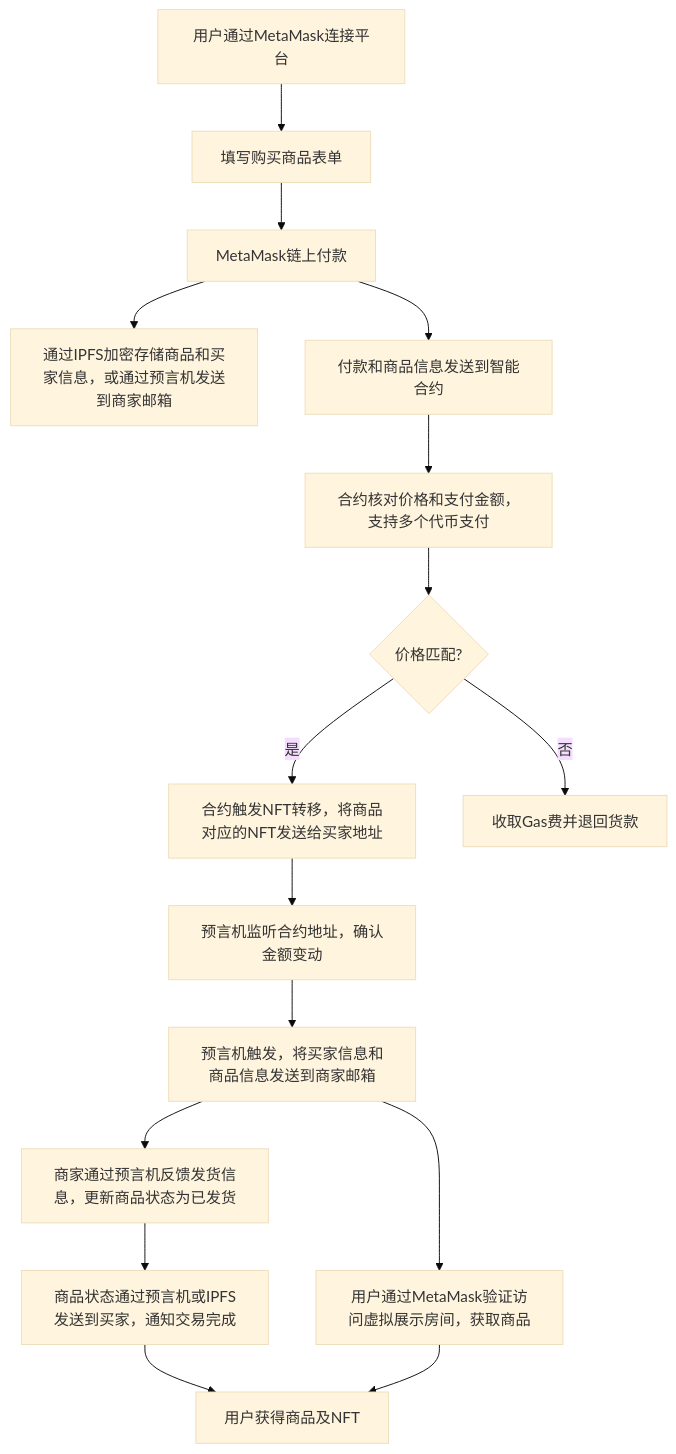
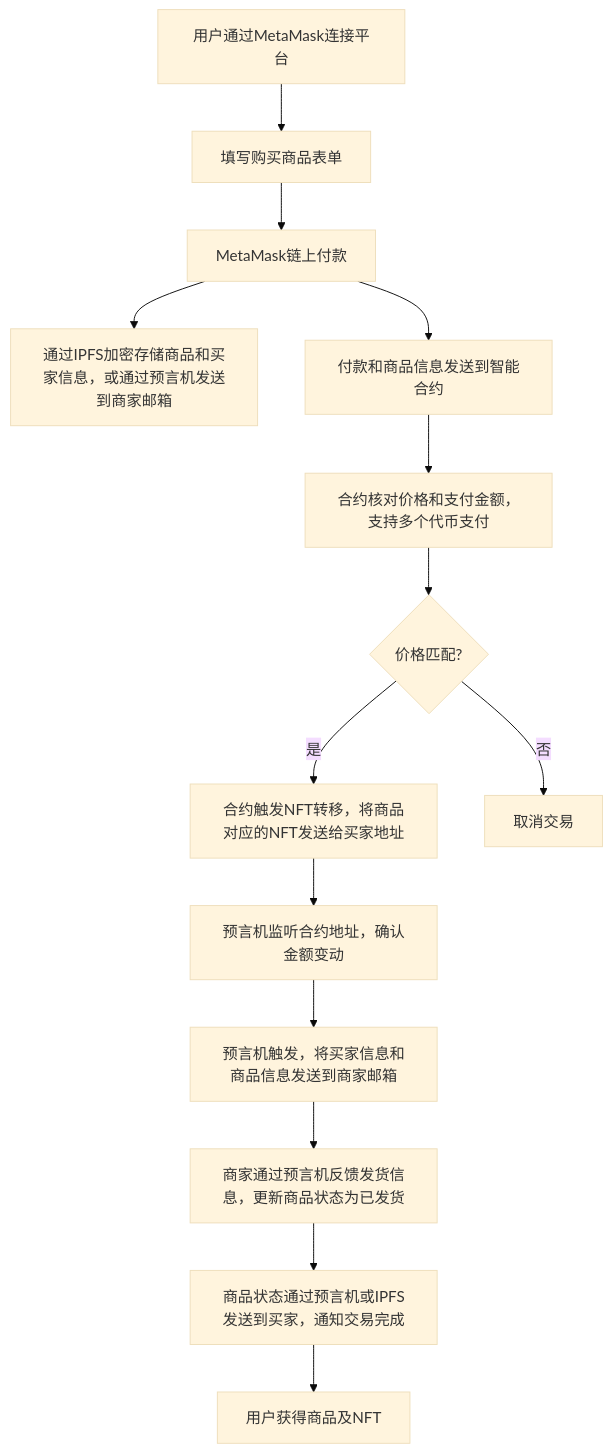
One commit to vski5/DiagonAlley changed the diagram in README.md. Above: the diagram before and after it, drawn with Mermaid (base theme). The commit also changed other lines of this file and 1 other file, not shown here.

````diff
--- a/README.md
+++ b/README.md
@@ -27,27 +37,24 @@
 ```mermaid
 flowchart TD
     A[用户通过MetaMask连接平台] --> B[填写购买商品表单]
     B --> C[MetaMask链上付款]
     C --> D1[通过IPFS加密存储商品和买家信息，或通过预言机发送到商家邮箱]
     C --> D2[付款和商品信息发送到智能合约]
     
     D2 --> E[合约核对价格和支付金额，支持多个代币支付]
     
     E --> F{价格匹配?}
     
     F -- 是 --> G[合约触发NFT转移，将商品对应的NFT发送给买家地址]
-    F -- 否 --> H[收取Gas费并退回货款]
+    F -- 否 --> H[取消交易]
     
     G --> I[预言机监听合约地址，确认金额变动]
     
     I --> J[预言机触发，将买家信息和商品信息发送到商家邮箱]
     
     J --> K[商家通过预言机反馈发货信息，更新商品状态为已发货]
     
     K --> L[商品状态通过预言机或IPFS发送到买家，通知交易完成]
     
     L --> M[用户获得商品及NFT]
-    
-    J --> N[用户通过MetaMask验证访问虚拟展示房间，获取商品]
-    N --> M
 ```
````
